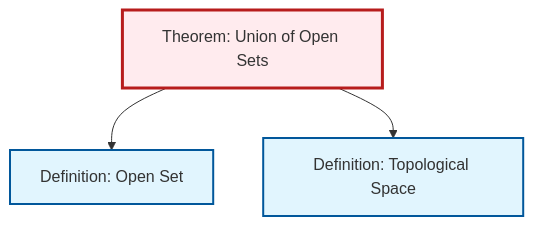
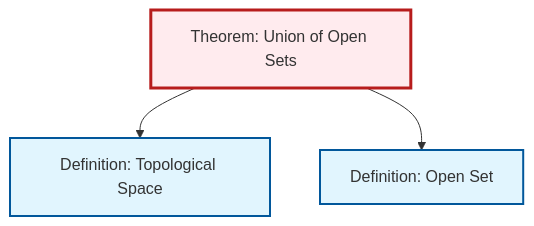
Before and after one commit to RK0429/ModernMath: the diagram in content/ja/topology/thm-union-open-sets.qmd, drawn with Mermaid. The commit also changed other lines of this file and 597 other files, not shown here.

````diff
--- a/content/ja/topology/thm-union-open-sets.qmd
+++ b/content/ja/topology/thm-union-open-sets.qmd
@@ -61,17 +61,17 @@
 ```{mermaid}
 %%| fig-cap: "Local dependency graph"
 graph TD
     classDef definition fill:#e1f5fe,stroke:#01579b,stroke-width:2px
     classDef theorem fill:#f3e5f5,stroke:#4a148c,stroke-width:2px
     classDef axiom fill:#fff3e0,stroke:#e65100,stroke-width:2px
     classDef example fill:#e8f5e9,stroke:#1b5e20,stroke-width:2px
     classDef current fill:#ffebee,stroke:#b71c1c,stroke-width:3px
+    def-open-set["Definition: Open Set"]:::definition
     def-topological-space["Definition: Topological Space"]:::definition
-    def-open-set["Definition: Open Set"]:::definition
     thm-union-open-sets["Theorem: Union of Open Sets"]:::theorem
+    thm-union-open-sets --> def-topological-space
     thm-union-open-sets --> def-open-set
-    thm-union-open-sets --> def-topological-space
     class thm-union-open-sets current
+    click def-open-set "def-open-set.html" "Definition: Open Setへ"
     click def-topological-space "def-topological-space.html" "Definition: Topological Spaceへ"
-    click def-open-set "def-open-set.html" "Definition: Open Setへ"
 ```
````
